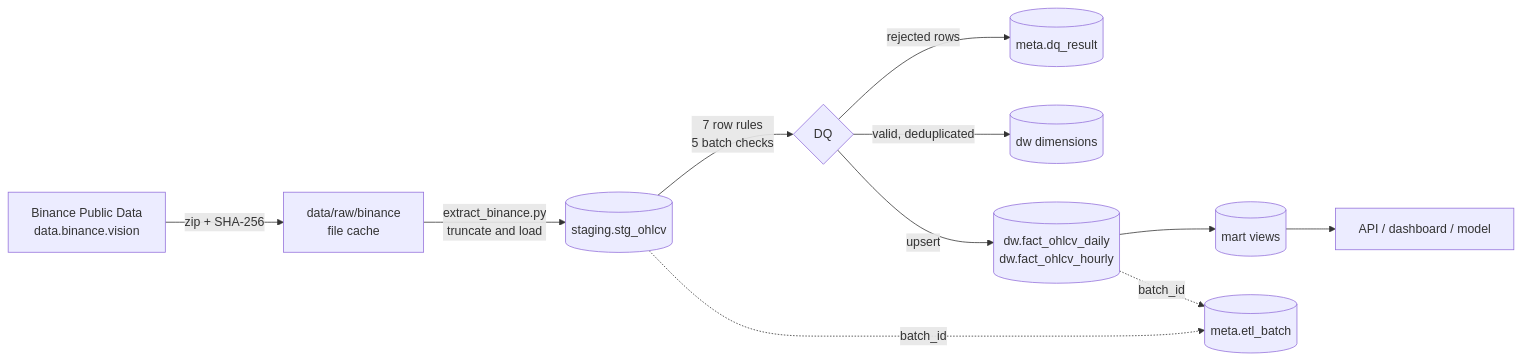
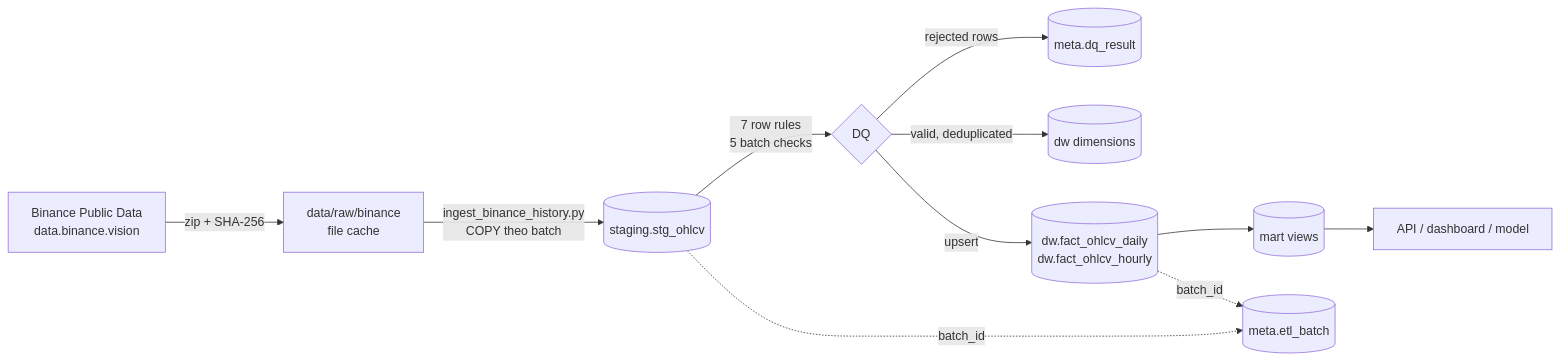
Before and after one commit to caoTayTang/CoinSight: the second of 2 diagrams in docs/dw_design.md, drawn with Mermaid. The commit also changed other lines of this file and 104 other files, not shown here.

Commit message:
Build Binance data flows, live dashboard, daily DSS and tracing

````diff
--- a/docs/dw_design.md
+++ b/docs/dw_design.md
@@ -168,13 +182,13 @@
 ```mermaid
 flowchart LR
     A[Binance Public Data<br/>data.binance.vision] -->|zip + SHA-256| B[data/raw/binance<br/>file cache]
-    B -->|extract_binance.py<br/>truncate and load| C[(staging.stg_ohlcv)]
+    B -->|ingest_binance_history.py<br/>COPY theo batch| C[(staging.stg_ohlcv)]
     C -->|7 row rules<br/>5 batch checks| D{DQ}
     D -->|rejected rows| M[(meta.dq_result)]
     D -->|valid, deduplicated| E[(dw dimensions)]
     D -->|upsert| F[(dw.fact_ohlcv_daily<br/>dw.fact_ohlcv_hourly)]
     F --> G[(mart views)]
     G --> H[API / dashboard / model]
     C -. batch_id .-> L[(meta.etl_batch)]
     F -. batch_id .-> L
 ```
````
